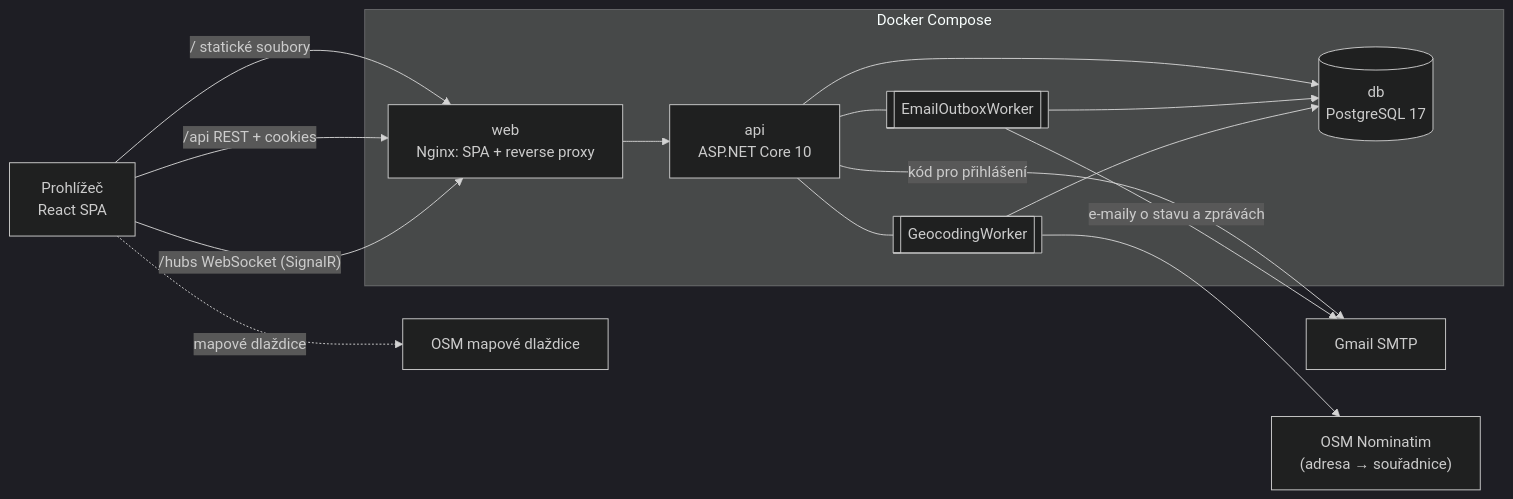
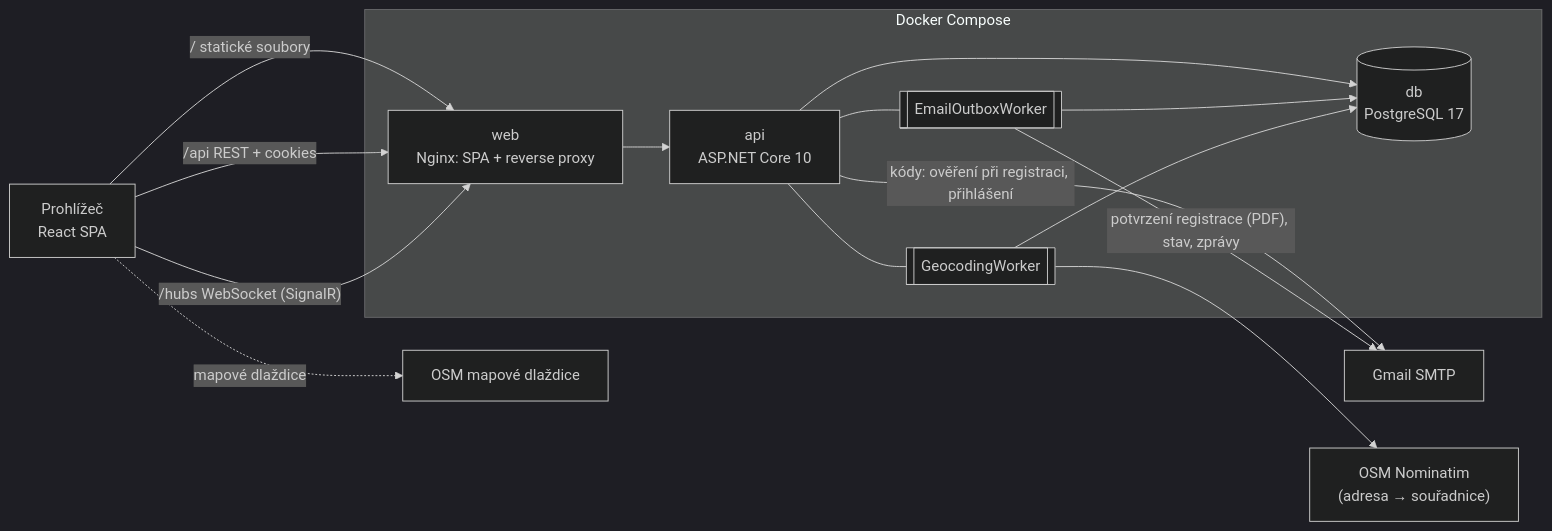
The first of 7 diagrams in README.md (toyotomicz/ApolloOcniKliniky), drawn with Mermaid (dark theme) before and after one commit. The commit also changed other lines of this file, not shown here.

````diff
--- a/README.md
+++ b/README.md
@@ -80,28 +89,28 @@
 ```mermaid
 flowchart LR
     browser["Prohlížeč<br/>React SPA"]
     subgraph docker["Docker Compose"]
         web["web<br/>Nginx: SPA + reverse proxy"]
         api["api<br/>ASP.NET Core 10"]
         outbox[["EmailOutboxWorker"]]
         geo[["GeocodingWorker"]]
         db[("db<br/>PostgreSQL 17")]
     end
     smtp["Gmail SMTP"]
     nominatim["OSM Nominatim<br/>(adresa → souřadnice)"]
     tiles["OSM mapové dlaždice"]
 
     browser -- "/  statické soubory" --> web
     browser -- "/api  REST + cookies" --> web
     browser -- "/hubs  WebSocket (SignalR)" --> web
     browser -. "mapové dlaždice" .-> tiles
     web --> api
     api --> db
-    api -- "kód pro přihlášení" --> smtp
+    api -- "kódy: ověření při registraci, přihlášení" --> smtp
     api --- outbox
     api --- geo
-    outbox -- "e-maily o stavu a zprávách" --> smtp
+    outbox -- "potvrzení registrace (PDF), stav, zprávy" --> smtp
     outbox --> db
     geo --> nominatim
     geo --> db
 ```
````
